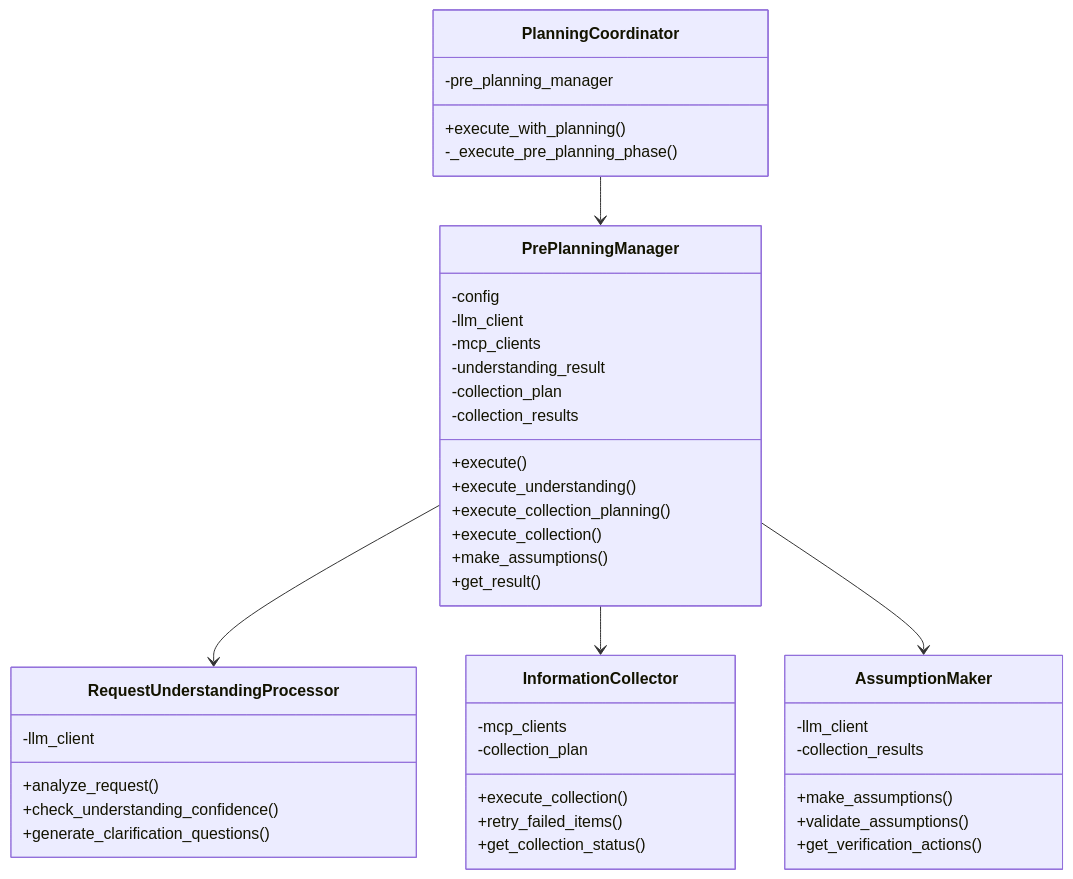
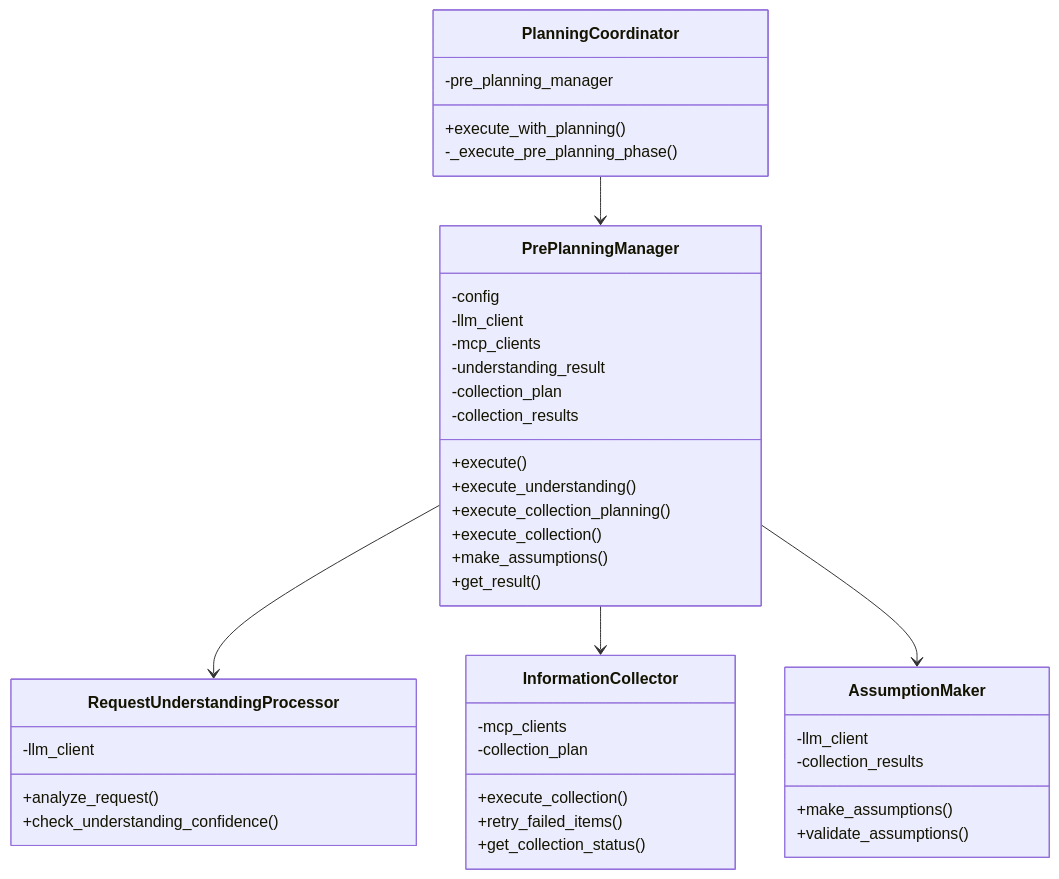
The third of 3 diagrams in docs/spec/PRE_PLANNING_INFORMATION_GATHERING_SPECIFICATION.md (notfolder/coding_agent), drawn with Mermaid before and after one commit. The commit also changed other lines of this file, not shown here.

Commit message:
Apply review feedback: remove user questions, tool limits, timeouts, and parallel collection

````diff
--- a/docs/spec/PRE_PLANNING_INFORMATION_GATHERING_SPECIFICATION.md
+++ b/docs/spec/PRE_PLANNING_INFORMATION_GATHERING_SPECIFICATION.md
@@ -601,51 +553,49 @@
 ```mermaid
 classDiagram
     class PlanningCoordinator {
         -pre_planning_manager
         +execute_with_planning()
         -_execute_pre_planning_phase()
     }
     
     class PrePlanningManager {
         -config
         -llm_client
         -mcp_clients
         -understanding_result
         -collection_plan
         -collection_results
         +execute()
         +execute_understanding()
         +execute_collection_planning()
         +execute_collection()
         +make_assumptions()
         +get_result()
     }
     
     class RequestUnderstandingProcessor {
         -llm_client
         +analyze_request()
         +check_understanding_confidence()
-        +generate_clarification_questions()
     }
     
     class InformationCollector {
         -mcp_clients
         -collection_plan
         +execute_collection()
         +retry_failed_items()
         +get_collection_status()
     }
     
     class AssumptionMaker {
         -llm_client
         -collection_results
         +make_assumptions()
         +validate_assumptions()
-        +get_verification_actions()
     }
     
     PlanningCoordinator --> PrePlanningManager
     PrePlanningManager --> RequestUnderstandingProcessor
     PrePlanningManager --> InformationCollector
     PrePlanningManager --> AssumptionMaker
 ```
````
